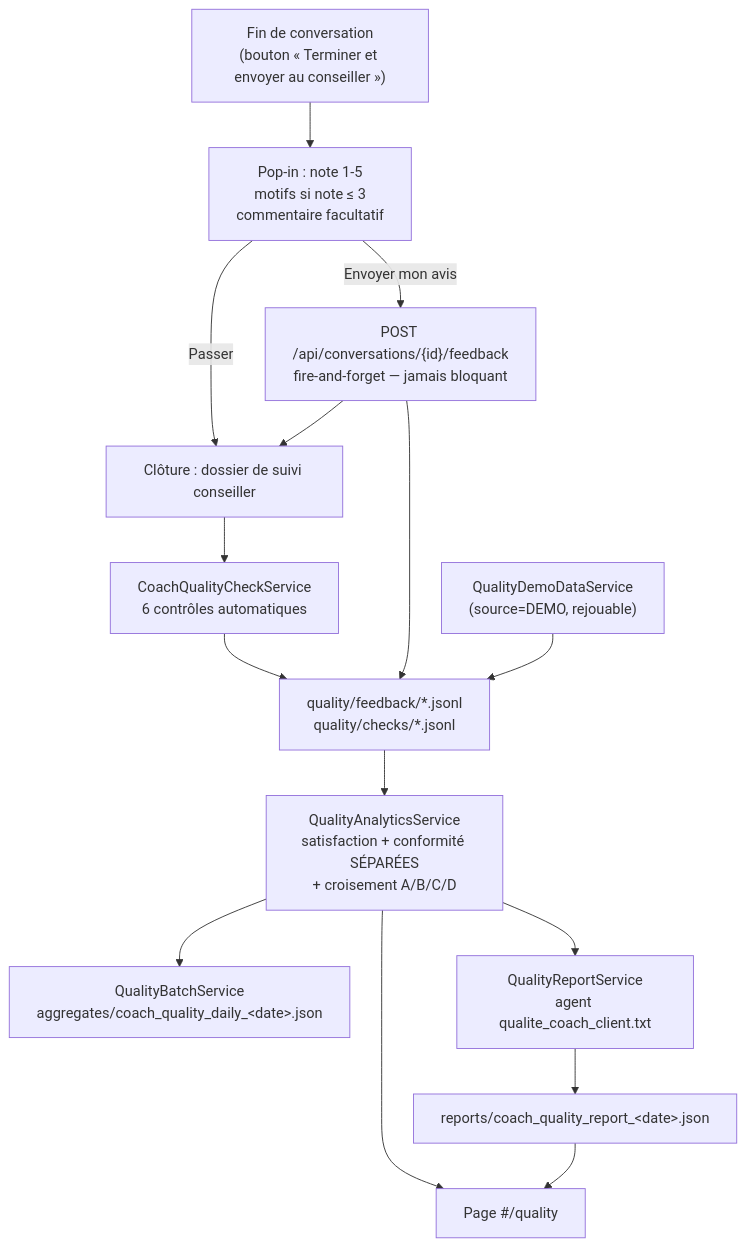
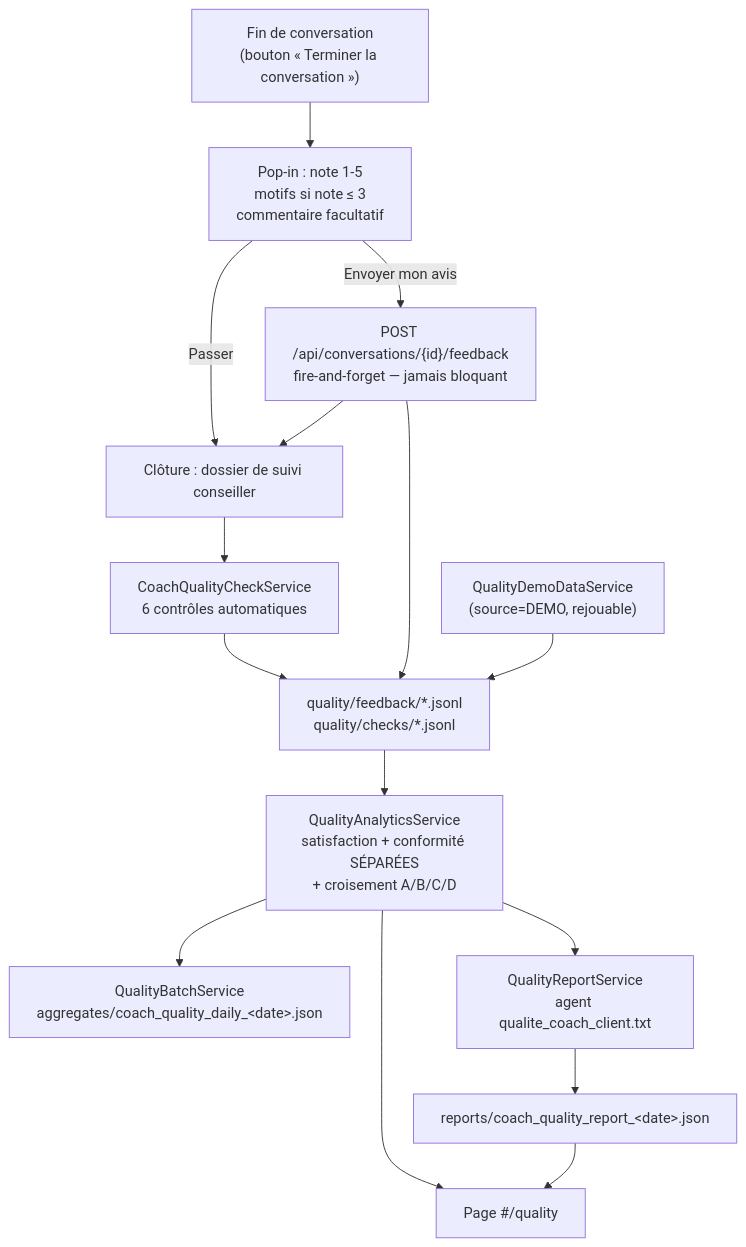
The fifth of 6 diagrams in docs/flux-architectural.md (gamer2000fr-coder/financial-coach), drawn with Mermaid before and after one commit. The commit also changed 3 other files, not shown here.

````diff
--- a/docs/flux-architectural.md
+++ b/docs/flux-architectural.md
@@ -216,17 +216,17 @@
 ```mermaid
 flowchart TD
-    END["Fin de conversation<br/>(bouton « Terminer et envoyer au conseiller »)"] --> POP["Pop-in : note 1-5<br/>motifs si note ≤ 3<br/>commentaire facultatif"]
+    END["Fin de conversation<br/>(bouton « Terminer la conversation »)"] --> POP["Pop-in : note 1-5<br/>motifs si note ≤ 3<br/>commentaire facultatif"]
     POP -->|"Envoyer mon avis"| FB["POST /api/conversations/{id}/feedback<br/>fire-and-forget — jamais bloquant"]
     POP -->|"Passer"| CLOSE
     FB --> CLOSE["Clôture : dossier de suivi conseiller"]
     CLOSE --> CTRL["CoachQualityCheckService<br/>6 contrôles automatiques"]
     CTRL --> FILES["quality/feedback/*.jsonl<br/>quality/checks/*.jsonl"]
     FB --> FILES
     FILES --> AGG["QualityAnalyticsService<br/>satisfaction + conformité SÉPARÉES<br/>+ croisement A/B/C/D"]
     AGG --> BATCH["QualityBatchService<br/>aggregates/coach_quality_daily_&lt;date&gt;.json"]
     AGG --> REP["QualityReportService<br/>agent qualite_coach_client.txt"]
     REP --> RJSON["reports/coach_quality_report_&lt;date&gt;.json"]
     AGG --> PAGE["Page #/quality"]
     RJSON --> PAGE
     DEMO2["QualityDemoDataService<br/>(source=DEMO, rejouable)"] --> FILES
 ```
````
